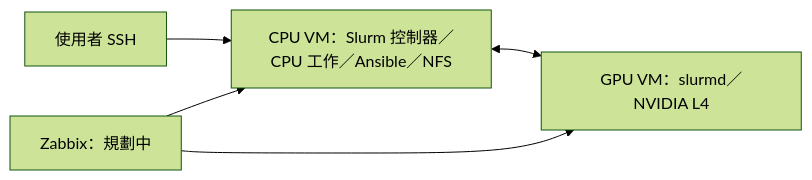
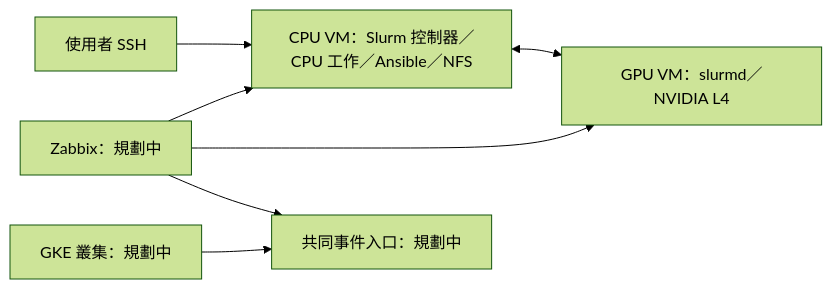
One commit to davidtestdocker/hpc-architect changed the diagram in project/README.md. Above: the diagram before and after it, drawn with Mermaid (forest theme). The commit also changed other lines of this file and 5 other files, not shown here.

````diff
--- a/project/README.md
+++ b/project/README.md
@@ -10,7 +14,9 @@
 ```mermaid
 flowchart LR
   U[使用者 SSH] --> C[CPU VM：Slurm 控制器／CPU 工作／Ansible／NFS]
   C <--> G[GPU VM：slurmd／NVIDIA L4]
   Z[Zabbix：規劃中] --> C
   Z --> G
+  Z --> E[共同事件入口：規劃中]
+  K[GKE 叢集：規劃中] --> E
 ```
````
